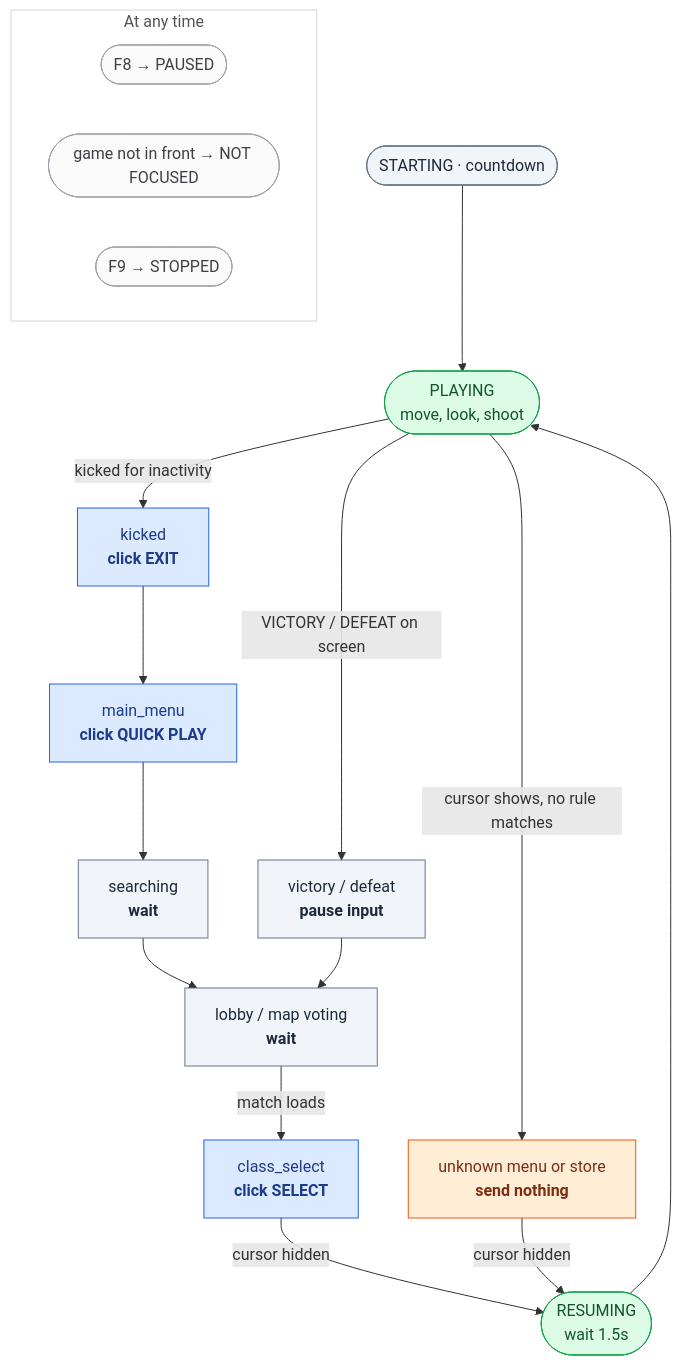
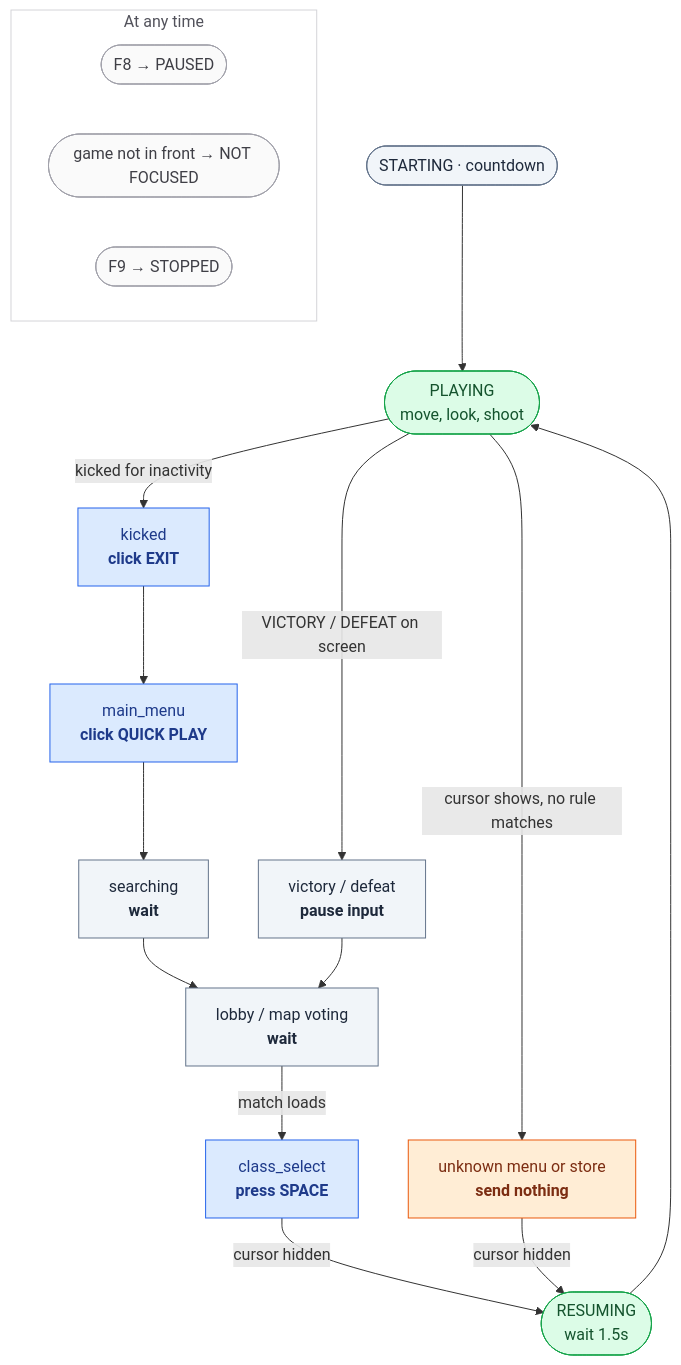
One commit to metalglove/anti-afk-bot changed the diagram in README.md. Above: the diagram before and after it, drawn with Mermaid. The commit also changed other lines of this file and 3 other files, not shown here.

First line of the commit message:
Press SPACE on class select instead of clicking SELECT

````diff
--- a/README.md
+++ b/README.md
@@ -49,38 +49,38 @@
 ```mermaid
 flowchart TD
     start(["STARTING · countdown"]) --> play
     play(["PLAYING<br/>move, look, shoot"])
 
     play -- "VICTORY / DEFEAT on screen" --> over["victory / defeat<br/><b>pause input</b>"]
     play -- "kicked for inactivity" --> kicked["kicked<br/><b>click EXIT</b>"]
     play -- "cursor shows, no rule matches" --> unknown["unknown menu or store<br/><b>send nothing</b>"]
 
     kicked --> main["main_menu<br/><b>click QUICK PLAY</b>"]
     main --> search["searching<br/><b>wait</b>"]
     search --> lobby["lobby / map voting<br/><b>wait</b>"]
     over --> lobby
-    lobby -- "match loads" --> cls["class_select<br/><b>click SELECT</b>"]
+    lobby -- "match loads" --> cls["class_select<br/><b>press SPACE</b>"]
 
     cls -- "cursor hidden" --> resume(["RESUMING<br/>wait 1.5s"])
     unknown -- "cursor hidden" --> resume
     resume --> play
 
     subgraph anytime["At any time"]
         direction LR
         paused(["F8 → PAUSED"])
         nf(["game not in front → NOT FOCUSED"])
         stopped(["F9 → STOPPED"])
     end
 
     classDef playing fill:#dcfce7,stroke:#16a34a,color:#14532d
     classDef clicks fill:#dbeafe,stroke:#2563eb,color:#1e3a8a
     classDef waits fill:#f1f5f9,stroke:#64748b,color:#1e293b
     classDef danger fill:#ffedd5,stroke:#ea580c,color:#7c2d12
     classDef side fill:#fafafa,stroke:#a1a1aa,color:#3f3f46
     class play,resume playing
     class kicked,main,cls clicks
     class search,lobby,over,start waits
     class unknown danger
     class paused,nf,stopped side
     style anytime fill:#ffffff,stroke:#d4d4d8,color:#52525b
 ```
````
